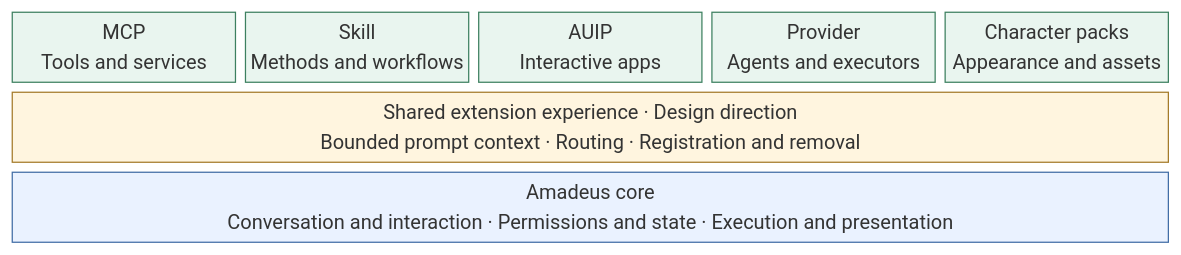
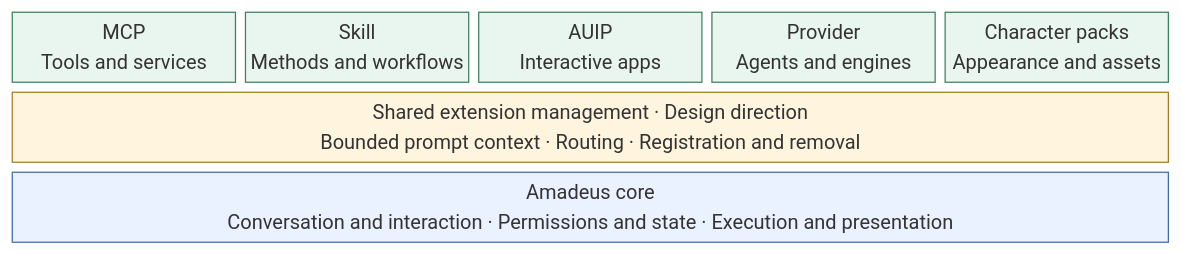
The diagram in README.md (Code-Amadeus/Amadeus-Extensions), drawn with Mermaid before and after one commit. The commit also changed other lines of this file, not shown here.

Commit message:
Simplify overview to integration table and diagram

````diff
--- a/README.md
+++ b/README.md
@@ -11,14 +19,14 @@
 ```mermaid
 block-beta
     columns 5
-    MCP["MCP<br/>Tools and services"] SKILL["Skill<br/>Methods and workflows"] AUIP["AUIP<br/>Interactive apps"] PROVIDER["Provider<br/>Agents and executors"] ASSETS["Character packs<br/>Appearance and assets"]
-    SHARED["Shared extension experience · Design direction<br/>Bounded prompt context · Routing · Registration and removal"]:5
+    MCP["MCP<br/>Tools and services"] SKILL["Skill<br/>Methods and workflows"] AUIP["AUIP<br/>Interactive apps"] PROVIDER["Provider<br/>Agents and engines"] ASSETS["Character packs<br/>Appearance and assets"]
+    SHARED["Shared extension management · Design direction<br/>Bounded prompt context · Routing · Registration and removal"]:5
     CORE["Amadeus core<br/>Conversation and interaction · Permissions and state · Execution and presentation"]:5
 
     classDef integration fill:#e9f5ef,stroke:#3d8060,color:#193c2a
     classDef direction fill:#fff5df,stroke:#a47a29,color:#4b3510
     classDef core fill:#eaf2ff,stroke:#416da6,color:#192d49
     class MCP,SKILL,AUIP,PROVIDER,ASSETS integration
     class SHARED direction
     class CORE core
 ```
````
